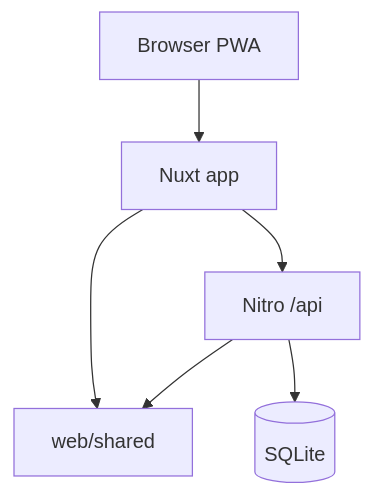
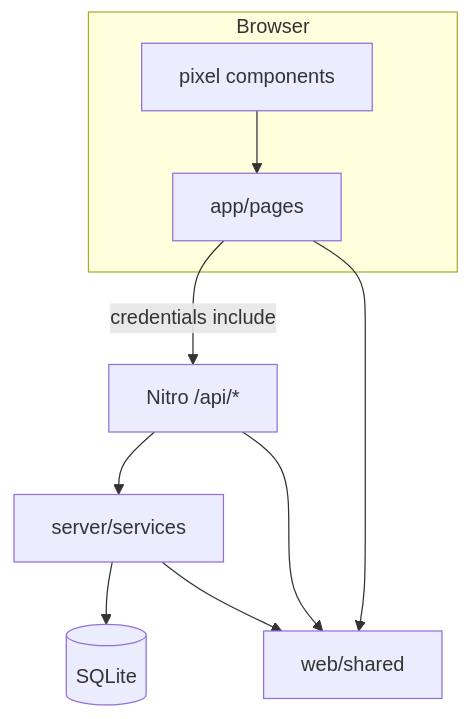
The diagram in ARCHITECTURE.md (manuliner/99trees), drawn with Mermaid before and after one commit. The commit also changed other lines of this file and 8 other files, not shown here.

````diff
--- a/ARCHITECTURE.md
+++ b/ARCHITECTURE.md
@@ -5,8 +5,14 @@
 ```mermaid
 flowchart TB
-  Client[Browser PWA] --> Nuxt[Nuxt app]
-  Nuxt --> API[Nitro /api]
-  Nuxt --> Shared[web/shared]
+  subgraph client [Browser]
+    Pages[app/pages]
+    Comp[pixel components]
+    Comp --> Pages
+  end
+  Pages -->|credentials include| API[Nitro /api/*]
+  API --> Svc[server/services]
+  Svc --> DB[(SQLite)]
+  Svc --> Shared[web/shared]
   API --> Shared
-  API --> SQLite[(SQLite)]
+  Pages --> Shared
 ```
````
